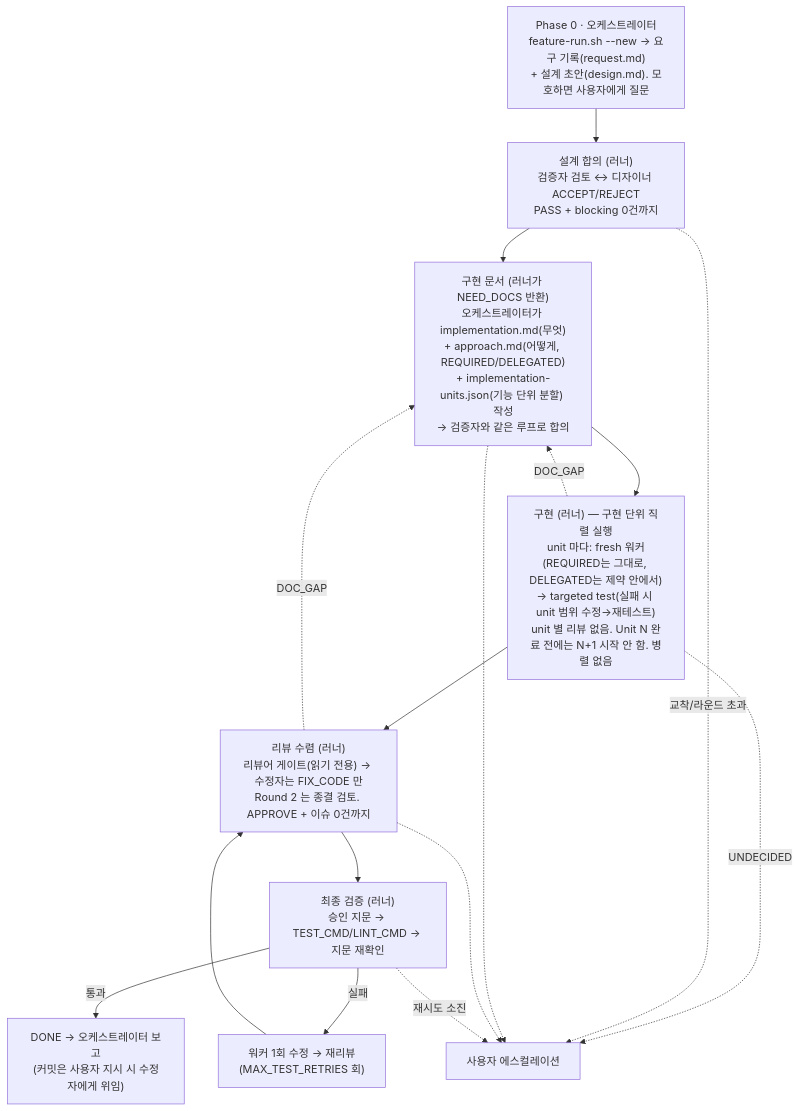
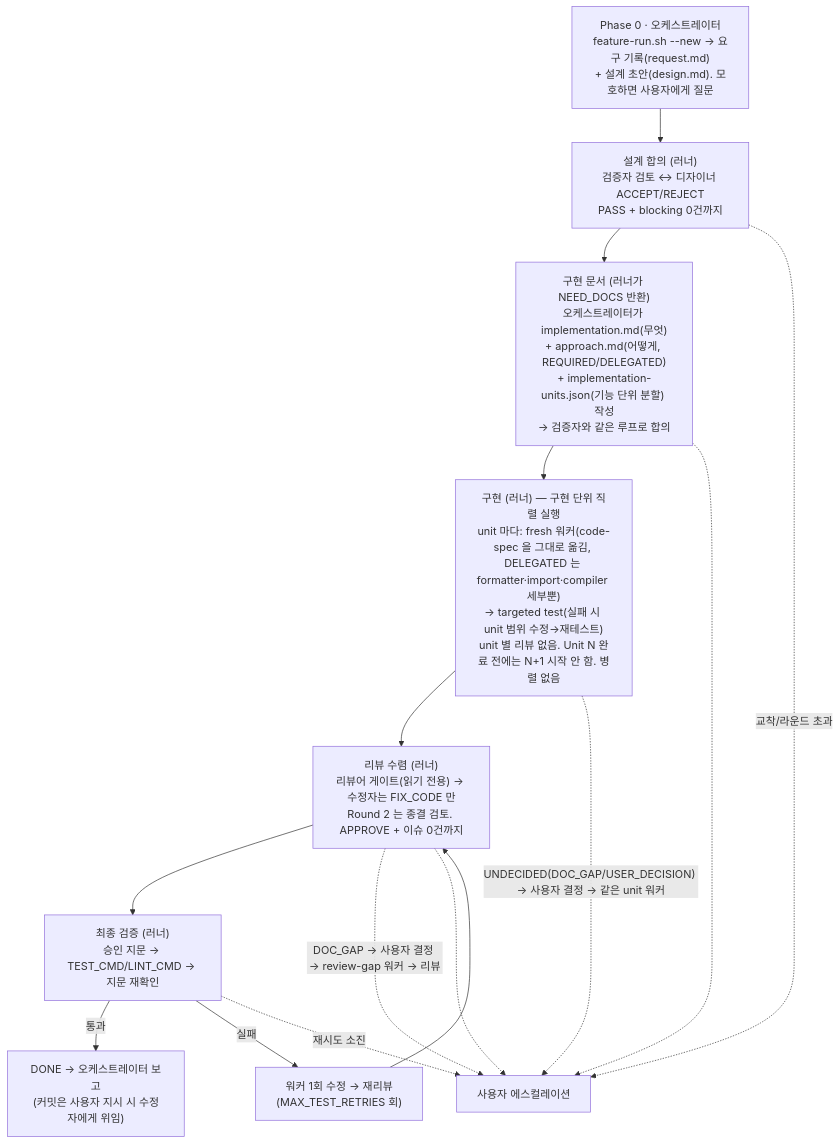
One commit to DEV-asdf-516/feature-skill changed the diagram in README.md. Above: the diagram before and after it, drawn with Mermaid. The commit also changed other lines of this file and 410 other files, not shown here.

````diff
--- a/README.md
+++ b/README.md
@@ -25,17 +25,16 @@
 ```mermaid
 flowchart TD
     P0["Phase 0 · 오케스트레이터\nfeature-run.sh --new → 요구 기록(request.md)\n+ 설계 초안(design.md). 모호하면 사용자에게 질문"] --> P1
     P1["설계 합의 (러너)\n검증자 검토 ↔ 디자이너 ACCEPT/REJECT\nPASS + blocking 0건까지"] --> P15
     P15["구현 문서 (러너가 NEED_DOCS 반환)\n오케스트레이터가 implementation.md(무엇)\n+ approach.md(어떻게, REQUIRED/DELEGATED)\n+ implementation-units.json(기능 단위 분할) 작성\n→ 검증자와 같은 루프로 합의"] --> P2
-    P2["구현 (러너) — 구현 단위 직렬 실행\nunit 마다: fresh 워커(REQUIRED는 그대로, DELEGATED는 제약 안에서)\n→ targeted test(실패 시 unit 범위 수정→재테스트)\nunit 별 리뷰 없음. Unit N 완료 전에는 N+1 시작 안 함. 병렬 없음"] --> P3
-    P2 -.DOC_GAP.-> P15
+    P2["구현 (러너) — 구현 단위 직렬 실행\nunit 마다: fresh 워커(code-spec 을 그대로 옮김, DELEGATED 는 formatter·import·compiler 세부뿐)\n→ targeted test(실패 시 unit 범위 수정→재테스트)\nunit 별 리뷰 없음. Unit N 완료 전에는 N+1 시작 안 함. 병렬 없음"] --> P3
     P3["리뷰 수렴 (러너)\n리뷰어 게이트(읽기 전용) → 수정자는 FIX_CODE 만\nRound 2 는 종결 검토. APPROVE + 이슈 0건까지"] --> P4
-    P3 -.DOC_GAP.-> P15
+    P3 -.DOC_GAP → 사용자 결정 → review-gap 워커 → 리뷰.-> ESC
     P4["최종 검증 (러너)\n승인 지문 → TEST_CMD/LINT_CMD → 지문 재확인"] -->|통과| DONE["DONE → 오케스트레이터 보고\n(커밋은 사용자 지시 시 수정자에게 위임)"]
     P4 -->|실패| P2R["워커 1회 수정 → 재리뷰\n(MAX_TEST_RETRIES 회)"] --> P3
-    P2 -.UNDECIDED.-> ESC
+    P2 -.UNDECIDED(DOC_GAP/USER_DECISION) → 사용자 결정 → 같은 unit 워커.-> ESC
     P1 -.교착/라운드 초과.-> ESC["사용자 에스컬레이션"]
     P15 -.-> ESC
     P3 -.-> ESC
     P4 -.재시도 소진.-> ESC
 ```
````
